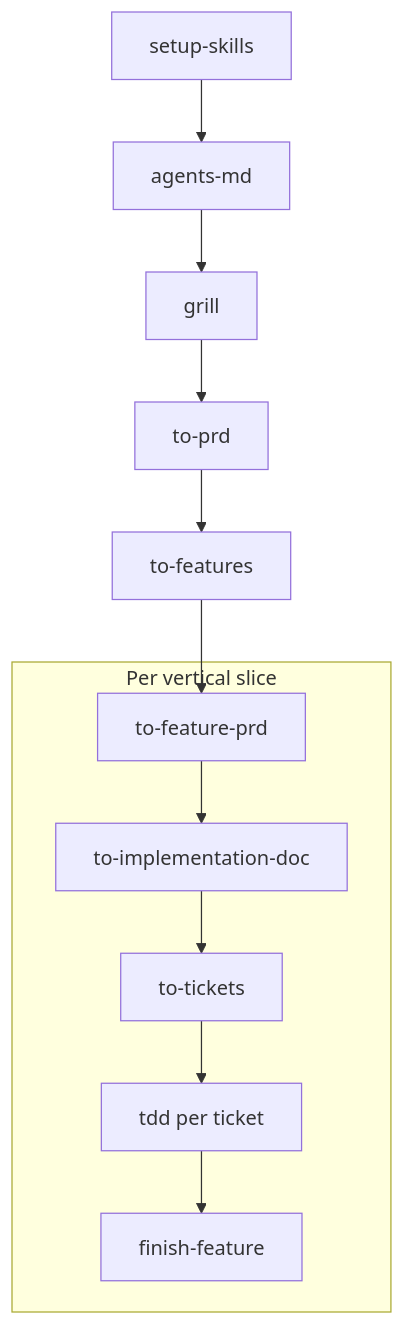
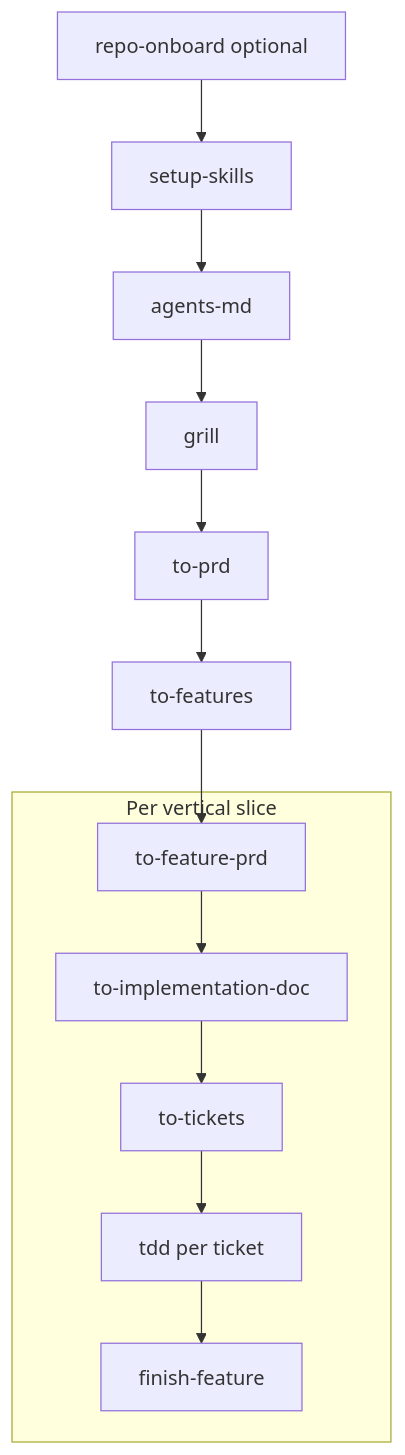
One commit to SanderSpiegelaar/skills changed the second of 2 diagrams in README.md. Above: the diagram before and after it, drawn with Mermaid. The commit also changed other lines of this file and 27 other files, not shown here.

````diff
--- a/README.md
+++ b/README.md
@@ -82,24 +84,26 @@
 ```mermaid
 flowchart TD
+  onboard[repo-onboard optional]
   setup[setup-skills]
   agents[agents-md]
   grillStep[grill]
   prd[to-prd]
   features[to-features]
   subgraph perSlice [Per vertical slice]
     fprd[to-feature-prd]
     impl[to-implementation-doc]
     tick[to-tickets]
     tddStep[tdd per ticket]
     fin[finish-feature]
   end
+  onboard --> setup
   setup --> agents
   agents --> grillStep
   grillStep --> prd
   prd --> features
   features --> fprd
   fprd --> impl
   impl --> tick
   tick --> tddStep
   tddStep --> fin
 ```
````
